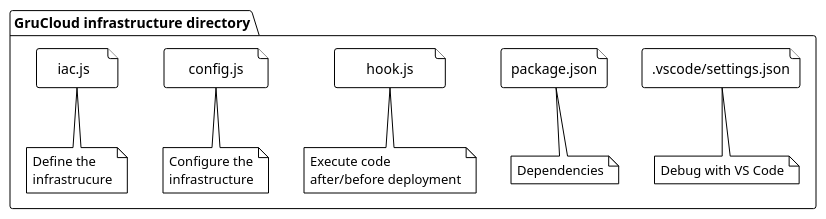
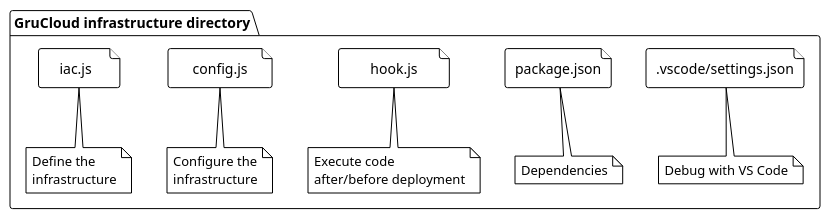
The diagram in docusaurus/plantuml/grucloud-project-files.puml (grucloud/grucloud), drawn with PlantUML before and after one commit. The commit also changed 4 other files, not shown here.

```diff
--- a/docusaurus/plantuml/grucloud-project-files.puml
+++ b/docusaurus/plantuml/grucloud-project-files.puml
@@ -1,41 +1,41 @@
 @startuml grucloud-project-files
 !theme plain
 skinparam svgLinkTarget _blank
 
 folder "GruCloud infrastructure directory" {
 
 
 file ".vscode/settings.json"
 note bottom
 Debug with VS Code
 end note
 
 file package.json 
 
 note bottom 
 Dependencies
 end note
 
 file "      hook.js      "
 note bottom
 Execute code 
 after/before deployment
 end note
 
 file "    config.js    "
 note bottom
 Configure the
 infrastructure
 end note
 
 file "   iac.js     "
 note bottom
 Define the
-infrastrucure
+infrastructure
 end note
 
 
 }
 
 
 @enduml
```
